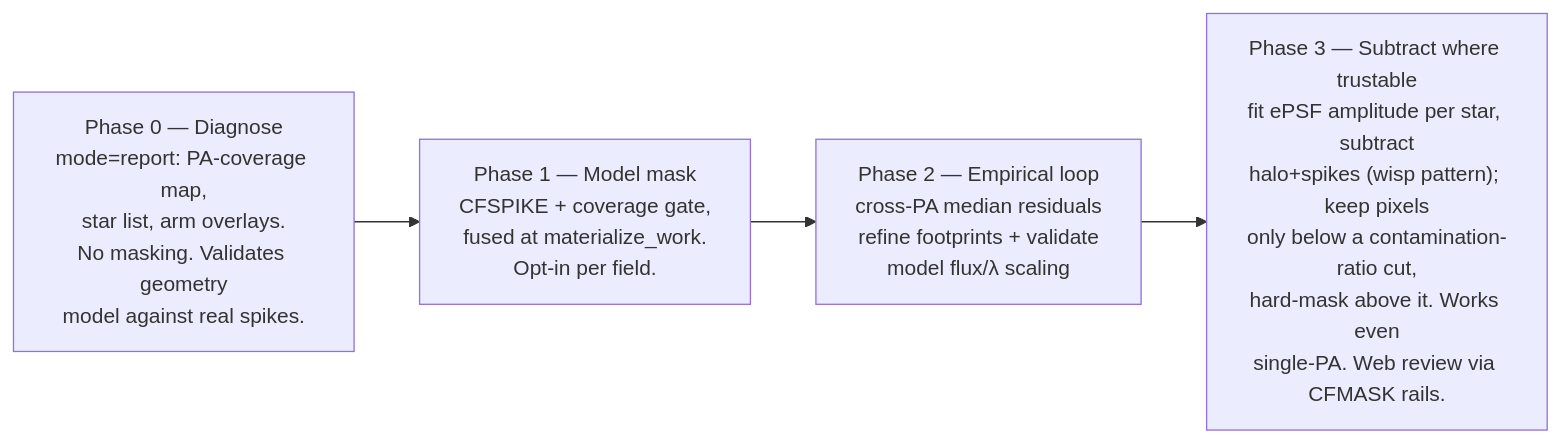
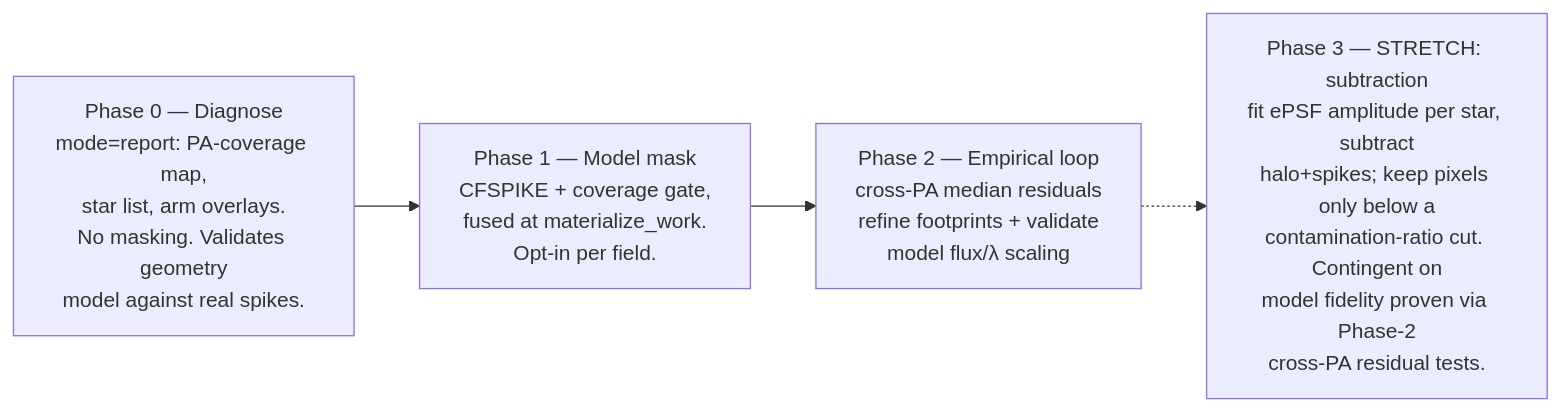
The fourth of 4 diagrams in docs/design-nircam-spike-masking.md (hollisakins/campfire), drawn with Mermaid before and after one commit. The commit also changed other lines of this file, not shown here.

First line of the commit message:
Spike masking design: demote subtraction to a validation-gated stretch goal

````diff
--- a/docs/design-nircam-spike-masking.md
+++ b/docs/design-nircam-spike-masking.md
@@ -345,8 +345,8 @@
 ```mermaid
 flowchart LR
     p0["Phase 0 — Diagnose<br/>mode=report: PA-coverage map,<br/>star list, arm overlays.<br/>No masking. Validates geometry<br/>model against real spikes."]
     p1["Phase 1 — Model mask<br/>CFSPIKE + coverage gate,<br/>fused at materialize_work.<br/>Opt-in per field."]
     p2["Phase 2 — Empirical loop<br/>cross-PA median residuals<br/>refine footprints + validate<br/>model flux/λ scaling"]
-    p3["Phase 3 — Subtract where trustable<br/>fit ePSF amplitude per star, subtract<br/>halo+spikes (wisp pattern); keep pixels<br/>only below a contamination-ratio cut,<br/>hard-mask above it. Works even<br/>single-PA. Web review via CFMASK rails."]
-    p0 --> p1 --> p2 --> p3
+    p3["Phase 3 — STRETCH: subtraction<br/>fit ePSF amplitude per star, subtract<br/>halo+spikes; keep pixels only below a<br/>contamination-ratio cut. Contingent on<br/>model fidelity proven via Phase-2<br/>cross-PA residual tests."]
+    p0 --> p1 --> p2 -.-> p3
 ```
````
